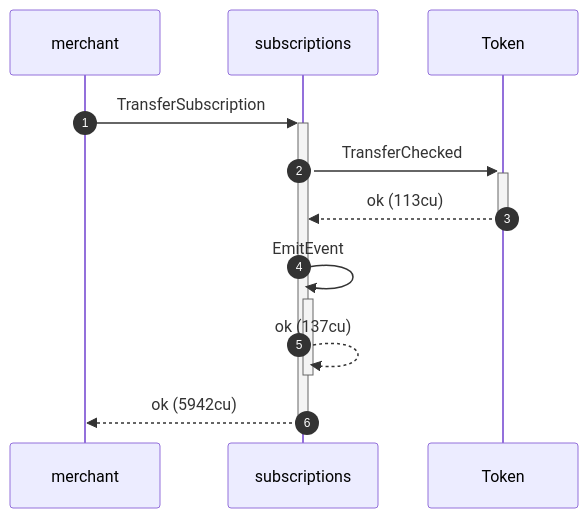
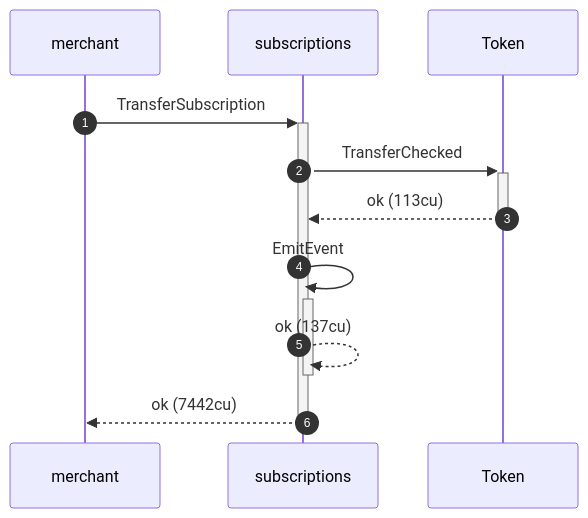
Before and after one commit to cds-rs/subscriptions: the tenth of 12 diagrams in dsl_tests/transfer-subscription--a-merchant-pulls.md, drawn with Mermaid. The commit also changed other lines of this file and 224 other files, not shown here.

````diff
--- a/dsl_tests/transfer-subscription--a-merchant-pulls.md
+++ b/dsl_tests/transfer-subscription--a-merchant-pulls.md
@@ -191,13 +200,13 @@
 ```mermaid
 sequenceDiagram
     autonumber
     participant merchant
     participant subscriptions
     participant Token
     merchant ->>+ subscriptions: TransferSubscription
     subscriptions ->>+ Token: TransferChecked
     Token -->>- subscriptions: ok (113cu)
     subscriptions ->>+ subscriptions: EmitEvent
     subscriptions -->>- subscriptions: ok (137cu)
-    subscriptions -->>- merchant: ok (5942cu)
+    subscriptions -->>- merchant: ok (7442cu)
 ```
````
